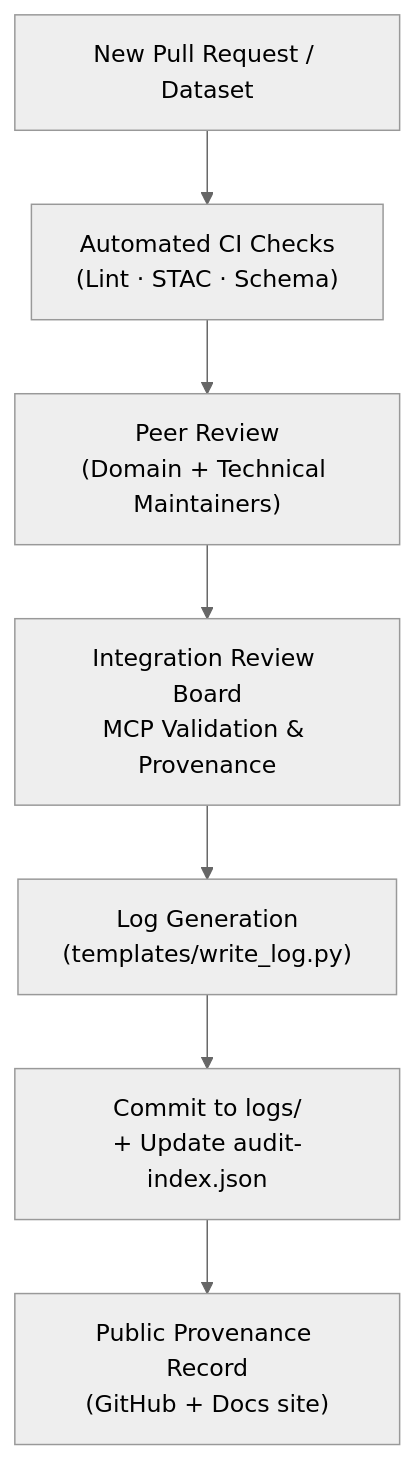
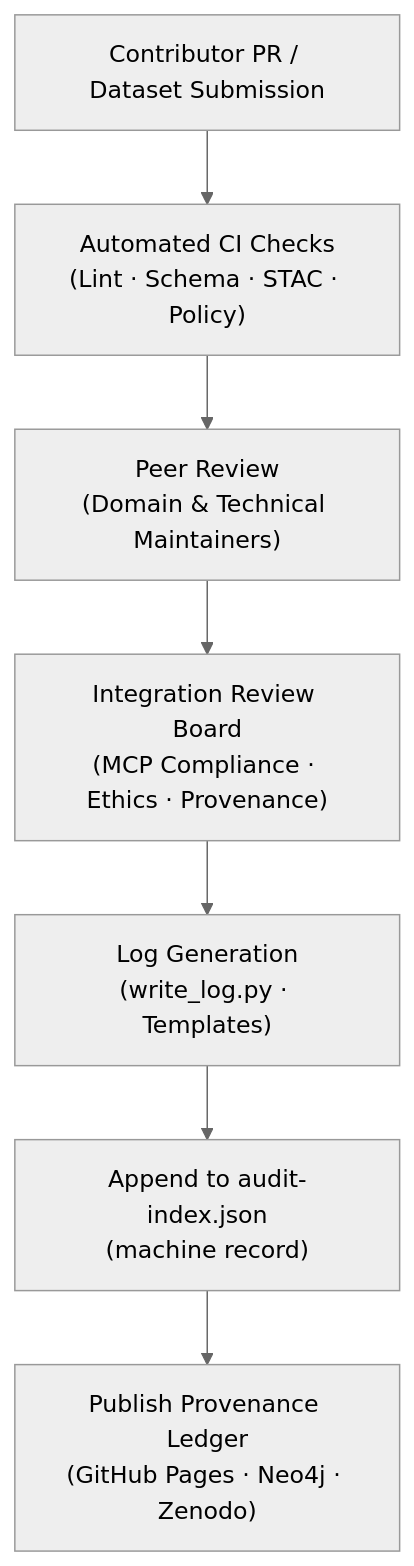
Before and after one commit to bartytime4life/Kansas-Frontier-Matrix: the diagram in docs/integration/reviews/logs/README.md, drawn with Mermaid (neutral theme). The commit also changed other lines of this file, not shown here.

First line of the commit message:
Revise README.md for review logs and governance details

````diff
--- a/docs/integration/reviews/logs/README.md
+++ b/docs/integration/reviews/logs/README.md
@@ -82,9 +118,9 @@
 ```mermaid
 flowchart TD
-    A["New Pull Request / Dataset"] --> B["Automated CI Checks\n(Lint · STAC · Schema)"]
-    B --> C["Peer Review\n(Domain + Technical Maintainers)"]
-    C --> D["Integration Review Board\nMCP Validation & Provenance"]
-    D --> E["Log Generation\n(templates/write_log.py)"]
-    E --> F["Commit to logs/\n+ Update audit-index.json"]
-    F --> G["Public Provenance Record\n(GitHub + Docs site)"]
+    A["Contributor PR / Dataset Submission"] --> B["Automated CI Checks<br/>(Lint · Schema · STAC · Policy)"]
+    B --> C["Peer Review<br/>(Domain & Technical Maintainers)"]
+    C --> D["Integration Review Board<br/>(MCP Compliance · Ethics · Provenance)"]
+    D --> E["Log Generation<br/>(write_log.py · Templates)"]
+    E --> F["Append to audit-index.json<br/>(machine record)"]
+    F --> G["Publish Provenance Ledger<br/>(GitHub Pages · Neo4j · Zenodo)"]
 ```
````
